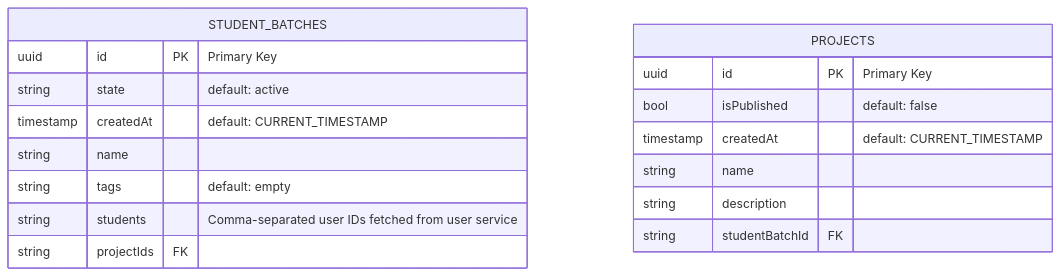
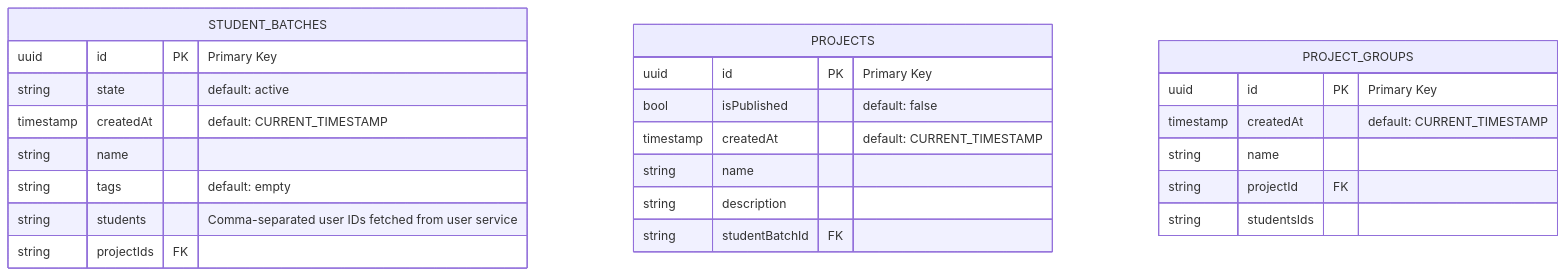
One commit to Mil0w0/pamp-project-api changed the diagram in README.md. Above: the diagram before and after it, drawn with Mermaid. The commit also changed 10 other files, not shown here.

````diff
--- a/README.md
+++ b/README.md
@@ -14,21 +14,29 @@
 ```mermaid
 erDiagram
 STUDENT_BATCHES {
 uuid id PK "Primary Key"
 string state "default: active"
 timestamp createdAt "default: CURRENT_TIMESTAMP"
 string name
 string tags "default: empty"
 string students "Comma-separated user IDs fetched from user service"
 string projectIds FK
 }
 
 PROJECTS {
 uuid id PK "Primary Key"
 bool isPublished "default: false"
 timestamp createdAt "default: CURRENT_TIMESTAMP"
 string name
 string description
 string studentBatchId FK
 }
+
+PROJECT_GROUPS {
+uuid id PK "Primary Key"
+timestamp createdAt "default: CURRENT_TIMESTAMP"
+string name
+string projectId FK
+string studentsIds
+}
 ```
````
